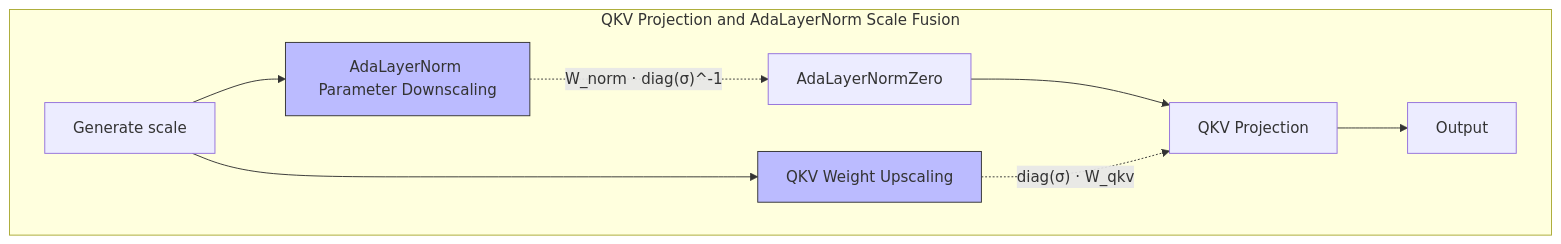
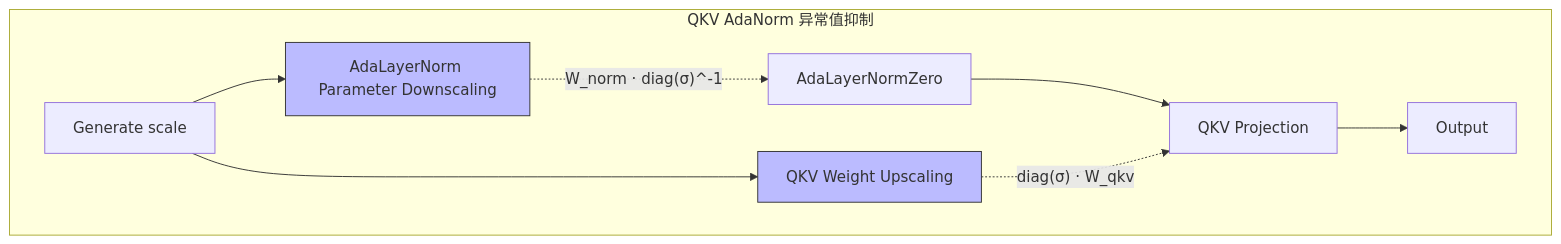
The fourth of 9 diagrams in docs/SmoothQuantInFlux.md (hhqx/FLUX.1-dev), drawn with Mermaid before and after one commit. The commit also changed other lines of this file and 1 other file, not shown here.

````diff
--- a/docs/SmoothQuantInFlux.md
+++ b/docs/SmoothQuantInFlux.md
@@ -154,16 +154,16 @@
 ```mermaid
 graph TD
-    subgraph "QKV Projection and AdaLayerNorm Scale Fusion"
+    subgraph "QKV AdaNorm 异常值抑制"
         Ada["AdaLayerNormZero"] --> QKV["QKV Projection"]
         QKV --> Out["Output"]
         
         Smooth["Generate scale"] --> ScaleDown["AdaLayerNorm Parameter Downscaling"]
         Smooth --> ScaleUp["QKV Weight Upscaling"]
         
         ScaleDown -.-> |"W_norm · diag(σ)^-1"| Ada
         ScaleUp -.-> |"diag(σ) · W_qkv"| QKV
     end
     
     style ScaleDown fill:#bbf,stroke:#333,stroke-width:1px
     style ScaleUp fill:#bbf,stroke:#333,stroke-width:1px
 ```
````
